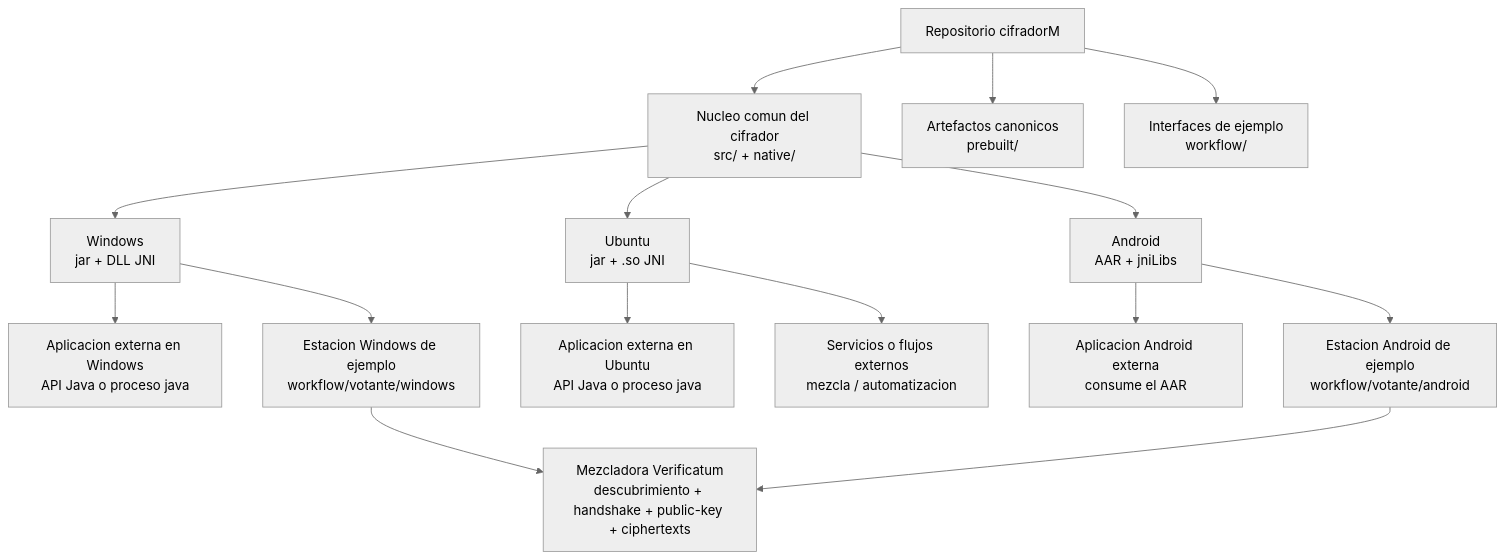
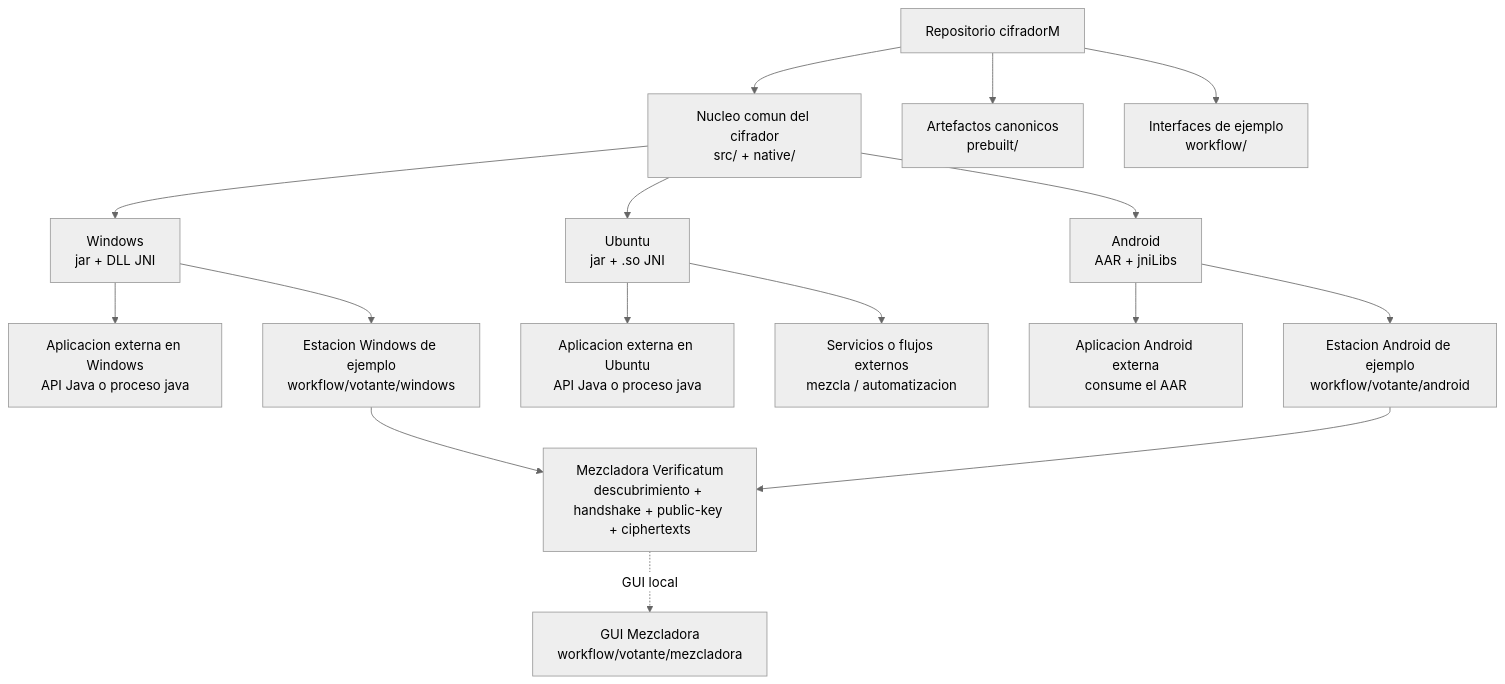
One commit to rmartinezch/ElGamalClient changed the diagram in README.md. Above: the diagram before and after it, drawn with Mermaid (neutral theme). The commit also changed other lines of this file and 18 other files, not shown here.

First line of the commit message:
feat(mezcladora): integrar GUI de Verificatum en workflow/votante/mezcladora

````diff
--- a/README.md
+++ b/README.md
@@ -48,24 +48,25 @@
 ```mermaid
 flowchart TB
     Repo["Repositorio cifradorM"]
 
     Repo --> Core["Nucleo comun del cifrador<br/>src/ + native/"]
     Repo --> Prebuilt["Artefactos canonicos<br/>prebuilt/"]
     Repo --> Workflow["Interfaces de ejemplo<br/>workflow/"]
 
     Core --> WinLib["Windows<br/>jar + DLL JNI"]
     Core --> UbuntuLib["Ubuntu<br/>jar + .so JNI"]
     Core --> AndroidLib["Android<br/>AAR + jniLibs"]
 
     WinLib --> WinExternal["Aplicacion externa en Windows<br/>API Java o proceso java"]
     WinLib --> WinStation["Estacion Windows de ejemplo<br/>workflow/votante/windows"]
 
     UbuntuLib --> UbuntuExternal["Aplicacion externa en Ubuntu<br/>API Java o proceso java"]
     UbuntuLib --> UbuntuOps["Servicios o flujos externos<br/>mezcla / automatizacion"]
 
     AndroidLib --> AndroidExternal["Aplicacion Android externa<br/>consume el AAR"]
     AndroidLib --> AndroidStation["Estacion Android de ejemplo<br/>workflow/votante/android"]
 
     WinStation --> Mixer["Mezcladora Verificatum<br/>descubrimiento + handshake + public-key + ciphertexts"]
     AndroidStation --> Mixer
+    Mixer -. GUI local .-> MixGUI["GUI Mezcladora<br/>workflow/votante/mezcladora"]
 ```
````
